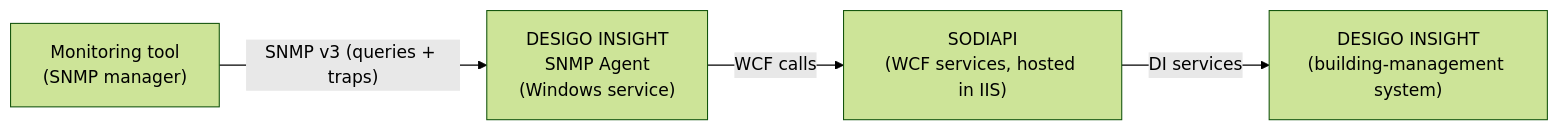
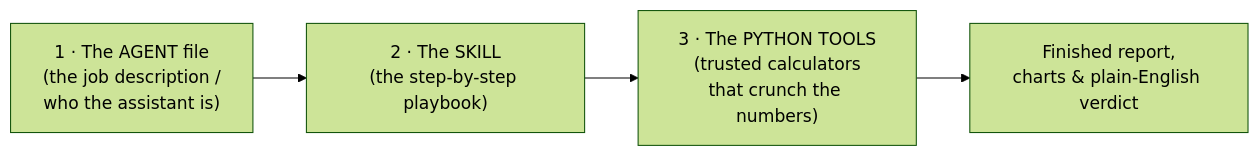
One commit to GhufranUppal/PID-Health-Assesor changed the diagram in README.md. Above: the diagram before and after it, drawn with Mermaid (forest theme). The commit also changed other lines of this file, not shown here.

Commit message:
Rewrite README: plain-English guide to the PID Loop Health Assessor agent (replaces SNMP content)

````diff
--- a/README.md
+++ b/README.md
@@ -109,6 +158,6 @@
 ```mermaid
 flowchart LR
-    MON["Monitoring tool<br/>(SNMP manager)"] -- "SNMP v3 (queries + traps)" --> AGENT
-    AGENT["DESIGO INSIGHT<br/>SNMP Agent<br/>(Windows service)"] -- "WCF calls" --> SODIAPI
-    SODIAPI["SODIAPI<br/>(WCF services, hosted in IIS)"] -- "DI services" --> DI["DESIGO INSIGHT<br/>(building-management system)"]
+    A["1 · The AGENT file<br/>(the job description /<br/>who the assistant is)"] --> B["2 · The SKILL<br/>(the step-by-step playbook)"]
+    B --> C["3 · The PYTHON TOOLS<br/>(trusted calculators<br/>that crunch the numbers)"]
+    C --> D["Finished report,<br/>charts &amp; plain-English verdict"]
 ```
````
